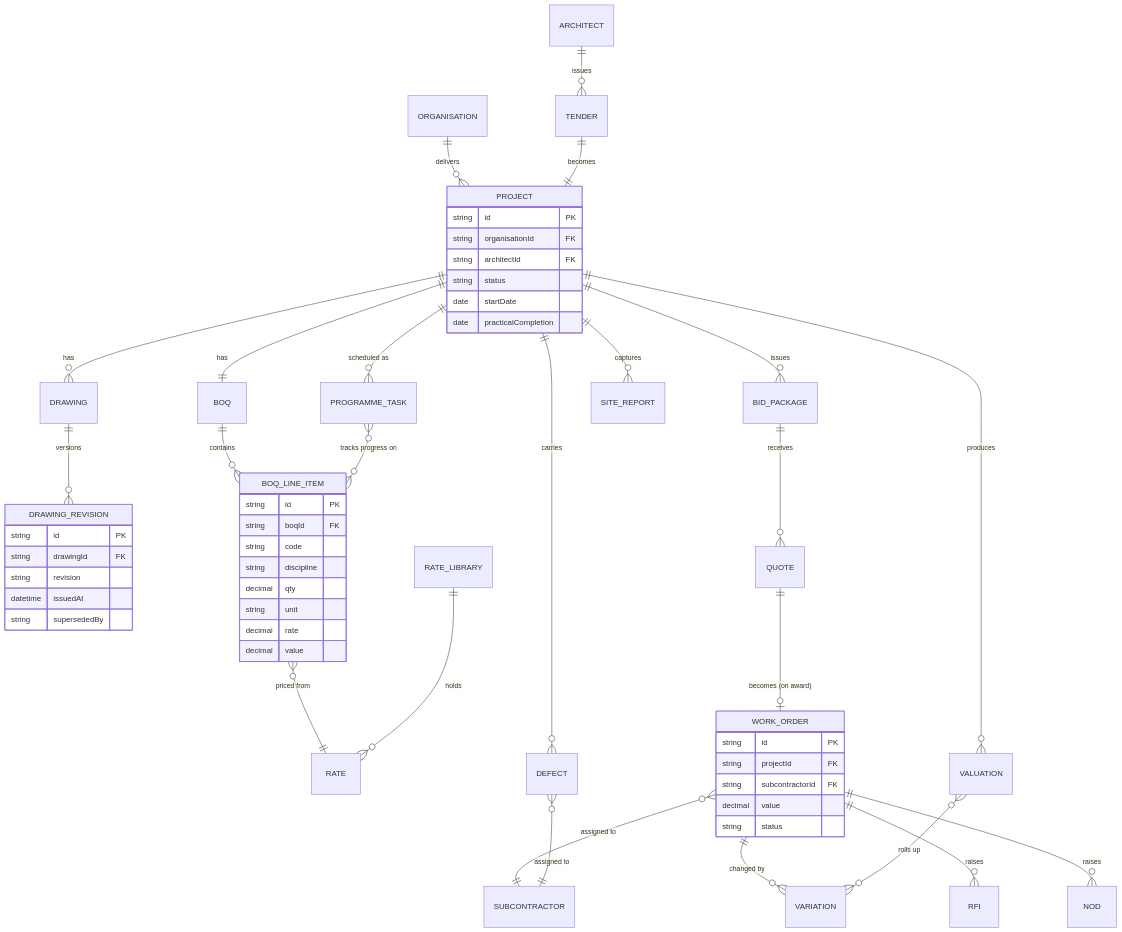
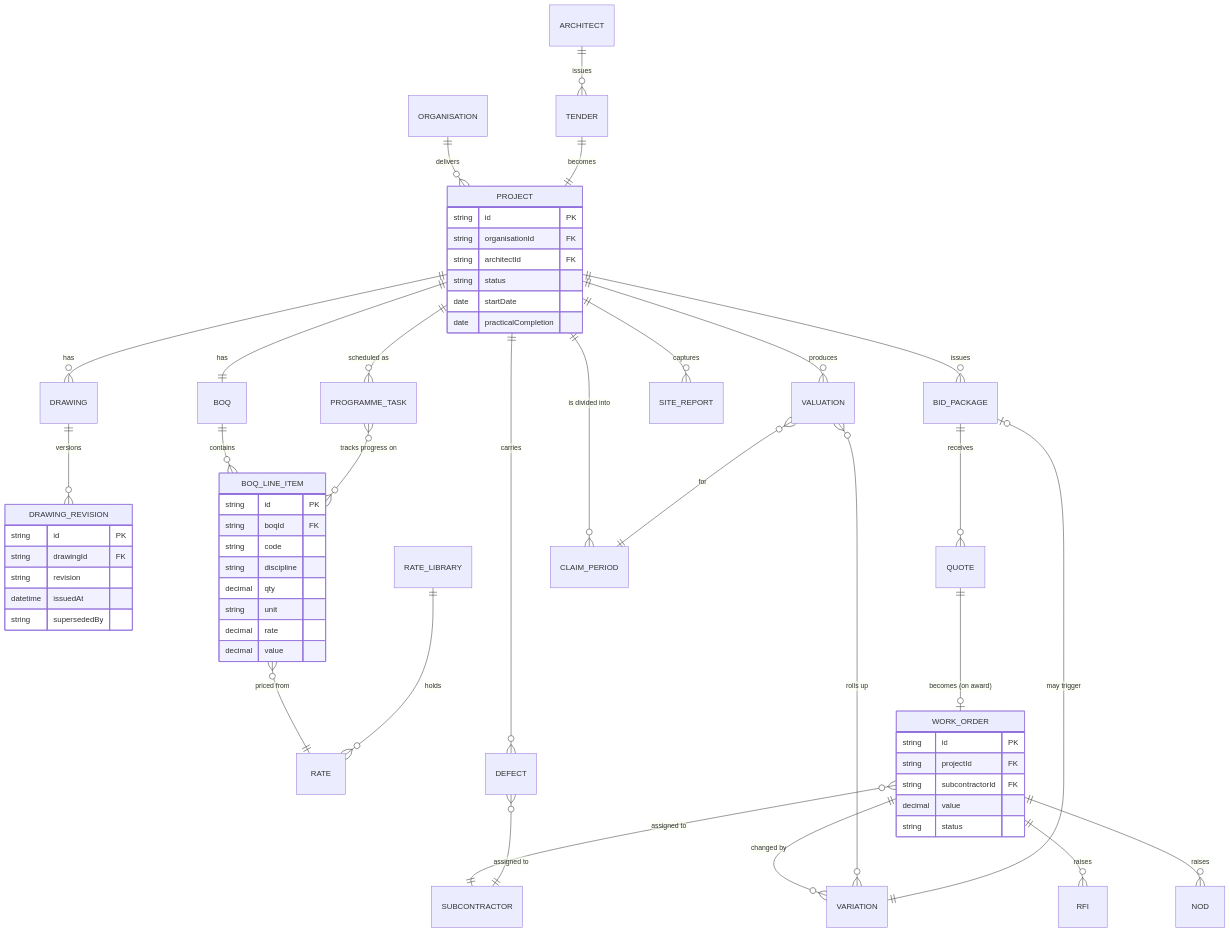
The first of 5 diagrams in docs/data-models/entity-relationship.md (jamesbeadle/jewel-portal), drawn with Mermaid before and after one commit. The commit also changed other lines of this file and 13 other files, not shown here.

````diff
--- a/docs/data-models/entity-relationship.md
+++ b/docs/data-models/entity-relationship.md
@@ -17,59 +17,62 @@
 ```mermaid
 erDiagram
     ORGANISATION ||--o{ PROJECT : "delivers"
     ARCHITECT ||--o{ TENDER : "issues"
     TENDER ||--|| PROJECT : "becomes"
     PROJECT ||--o{ DRAWING : "has"
     DRAWING ||--o{ DRAWING_REVISION : "versions"
     PROJECT ||--|| BOQ : "has"
     BOQ ||--o{ BOQ_LINE_ITEM : "contains"
     BOQ_LINE_ITEM }o--|| RATE : "priced from"
     RATE_LIBRARY ||--o{ RATE : "holds"
     PROJECT ||--o{ BID_PACKAGE : "issues"
     BID_PACKAGE ||--o{ QUOTE : "receives"
     QUOTE ||--o| WORK_ORDER : "becomes (on award)"
     WORK_ORDER }o--|| SUBCONTRACTOR : "assigned to"
     WORK_ORDER ||--o{ VARIATION : "changed by"
     WORK_ORDER ||--o{ RFI : "raises"
     WORK_ORDER ||--o{ NOD : "raises"
     PROJECT ||--o{ PROGRAMME_TASK : "scheduled as"
     PROGRAMME_TASK }o--o{ BOQ_LINE_ITEM : "tracks progress on"
     PROJECT ||--o{ VALUATION : "produces"
+    PROJECT ||--o{ CLAIM_PERIOD : "is divided into"
+    VALUATION }o--|| CLAIM_PERIOD : "for"
     VALUATION }o--o{ VARIATION : "rolls up"
     PROJECT ||--o{ SITE_REPORT : "captures"
     PROJECT ||--o{ DEFECT : "carries"
     DEFECT }o--|| SUBCONTRACTOR : "assigned to"
+    VARIATION ||--o| BID_PACKAGE : "may trigger"
 
     PROJECT {
         string id PK
         string organisationId FK
         string architectId FK
         string status
         date startDate
         date practicalCompletion
     }
     DRAWING_REVISION {
         string id PK
         string drawingId FK
         string revision
         datetime issuedAt
         string supersededBy
     }
     BOQ_LINE_ITEM {
         string id PK
         string boqId FK
         string code
         string discipline
         decimal qty
         string unit
         decimal rate
         decimal value
     }
     WORK_ORDER {
         string id PK
         string projectId FK
         string subcontractorId FK
         decimal value
         string status
     }
 ```
````
